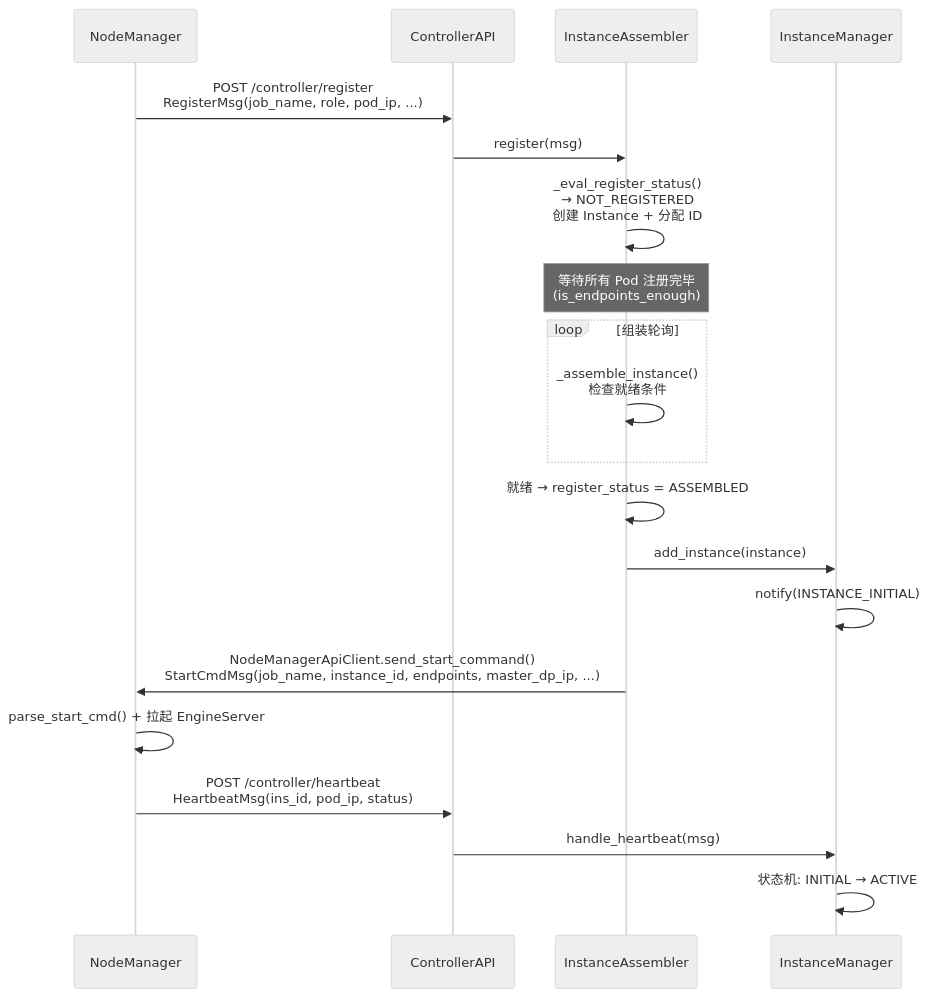
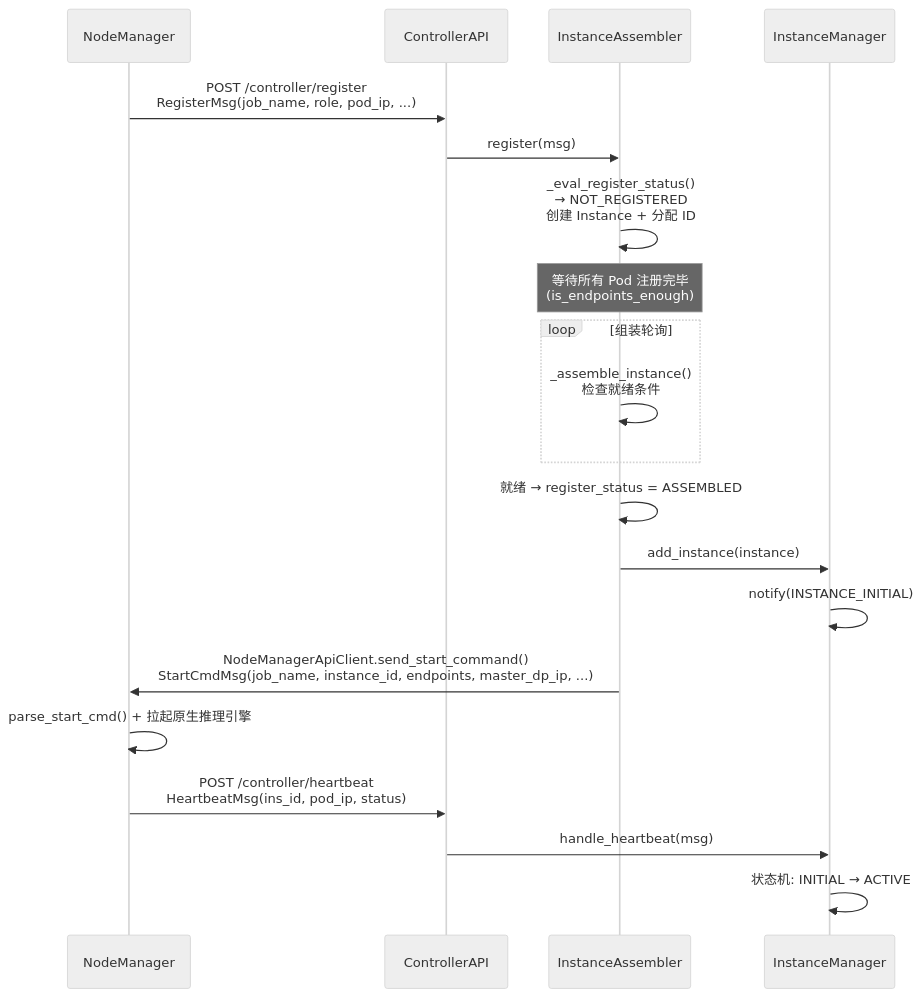
One commit to Ascend/MindIE-Motor changed the fifth of 10 diagrams in docs/zh/developer_guide/components/controller.md. Above: the diagram before and after it, drawn with Mermaid (neutral theme). The commit also changed other lines of this file and 123 other files, not shown here.

````diff
--- a/docs/zh/developer_guide/components/controller.md
+++ b/docs/zh/developer_guide/components/controller.md
@@ -222,23 +222,23 @@
 ```mermaid
 sequenceDiagram
     participant NM as NodeManager
     participant API as ControllerAPI
     participant IA as InstanceAssembler
     participant IM as InstanceManager
 
     NM->>API: POST /controller/register<br/>RegisterMsg(job_name, role, pod_ip, ...)
     API->>IA: register(msg)
     IA->>IA: _eval_register_status()<br/>→ NOT_REGISTERED<br/>创建 Instance + 分配 ID
     Note over IA: 等待所有 Pod 注册完毕<br/>(is_endpoints_enough)
     loop 组装轮询
         IA->>IA: _assemble_instance()<br/>检查就绪条件
     end
     IA->>IA: 就绪 → register_status = ASSEMBLED
     IA->>IM: add_instance(instance)
     IM->>IM: notify(INSTANCE_INITIAL)
     IA->>NM: NodeManagerApiClient.send_start_command()<br/>StartCmdMsg(job_name, instance_id, endpoints, master_dp_ip, ...)
-    NM->>NM: parse_start_cmd() + 拉起 EngineServer
+    NM->>NM: parse_start_cmd() + 拉起原生推理引擎
     NM->>API: POST /controller/heartbeat<br/>HeartbeatMsg(ins_id, pod_ip, status)
     API->>IM: handle_heartbeat(msg)
     IM->>IM: 状态机: INITIAL → ACTIVE
 ```
````
